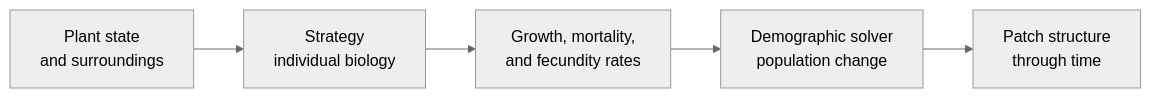
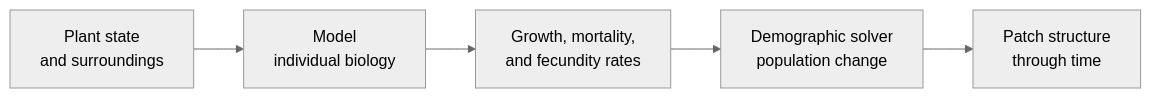
One commit to traitecoevo/overstorey changed the first of 4 diagrams in theory/overview.qmd. Above: the diagram before and after it, drawn with Mermaid (neutral theme). The commit also changed other lines of this file and 116 other files, not shown here.

````diff
--- a/theory/overview.qmd
+++ b/theory/overview.qmd
@@ -49,9 +49,9 @@
 ```{mermaid}
 flowchart LR
 accTitle: Biology and population dynamics in plant
-accDescr: A strategy converts plant state and surroundings into demographic rates. The demographic solver applies those rates to the population through time.
-  A["Plant state<br/>and surroundings"] --> B["Strategy<br/>individual biology"]
+accDescr: A model converts plant state and surroundings into demographic rates. The demographic solver applies those rates to the population through time.
+  A["Plant state<br/>and surroundings"] --> B["Model<br/>individual biology"]
   B --> C["Growth, mortality,<br/>and fecundity rates"]
   C --> D["Demographic solver<br/>population change"]
   D --> E["Patch structure<br/>through time"]
 ```
````
